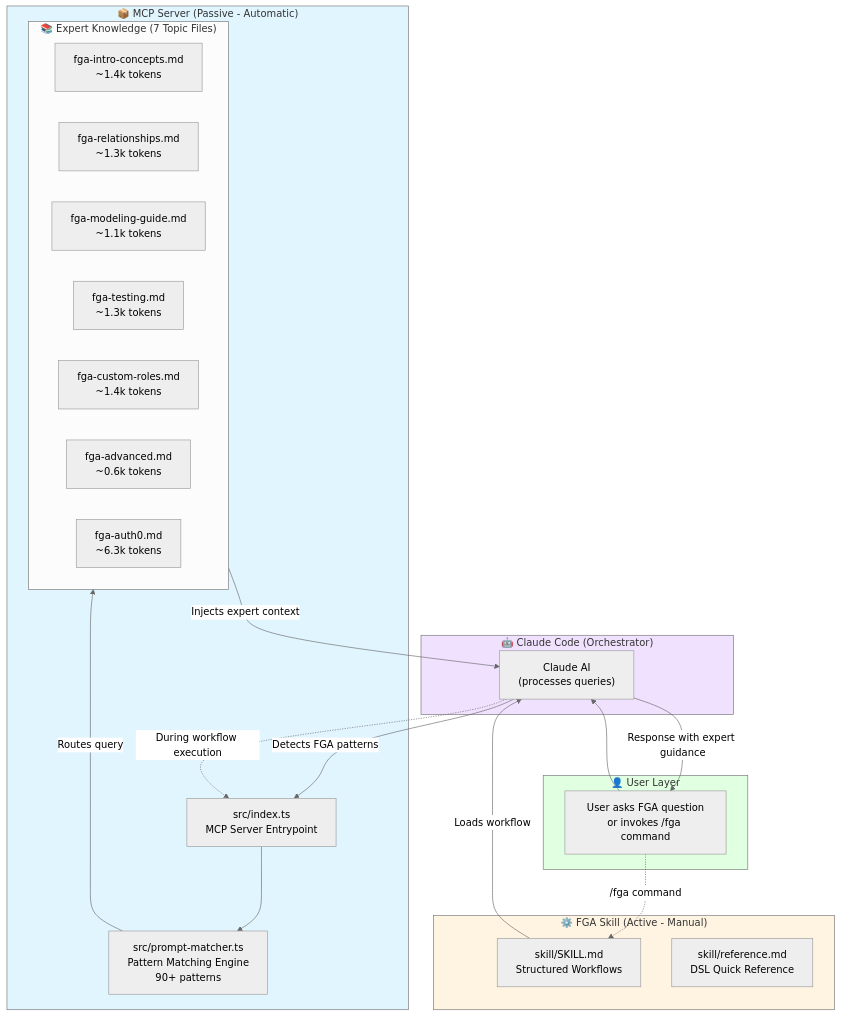
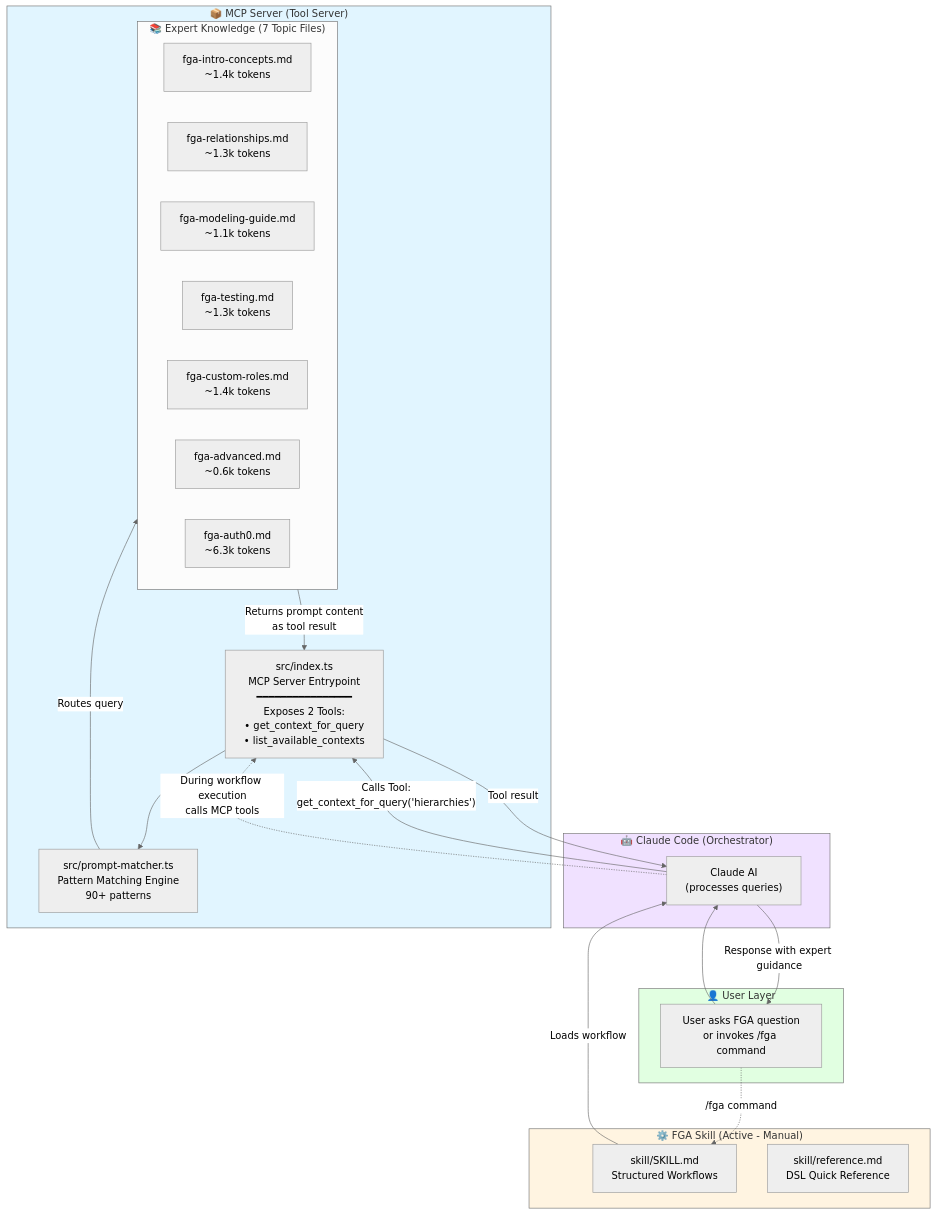
One commit to violetarcher/fga-mcp-skills-quickstart changed the first of 8 diagrams in ARCHITECTURE.md. Above: the diagram before and after it, drawn with Mermaid (neutral theme). The commit also changed other lines of this file, not shown here.

Commit message:
Fix architecture docs - clarify MCP tools

````diff
--- a/ARCHITECTURE.md
+++ b/ARCHITECTURE.md
@@ -5,49 +5,50 @@
 ```mermaid
 graph TB
     subgraph User["👤 User Layer"]
         UserQuery["User asks FGA question<br/>or invokes /fga command"]
     end
 
     subgraph ClaudeCode["🤖 Claude Code (Orchestrator)"]
         Claude["Claude AI<br/>(processes queries)"]
     end
 
-    subgraph MCP["📦 MCP Server (Passive - Automatic)"]
-        MCPServer["src/index.ts<br/>MCP Server Entrypoint"]
+    subgraph MCP["📦 MCP Server (Tool Server)"]
+        MCPServer["src/index.ts<br/>MCP Server Entrypoint<br/>━━━━━━━━━━━━━━━━<br/>Exposes 2 Tools:<br/>• get_context_for_query<br/>• list_available_contexts"]
         PatternMatcher["src/prompt-matcher.ts<br/>Pattern Matching Engine<br/>90+ patterns"]
 
         subgraph Prompts["📚 Expert Knowledge (7 Topic Files)"]
             Intro["fga-intro-concepts.md<br/>~1.4k tokens"]
             Rel["fga-relationships.md<br/>~1.3k tokens"]
             Guide["fga-modeling-guide.md<br/>~1.1k tokens"]
             Test["fga-testing.md<br/>~1.3k tokens"]
             Roles["fga-custom-roles.md<br/>~1.4k tokens"]
             Adv["fga-advanced.md<br/>~0.6k tokens"]
             Auth0["fga-auth0.md<br/>~6.3k tokens"]
         end
     end
 
     subgraph Skill["⚙️ FGA Skill (Active - Manual)"]
         SkillMD["skill/SKILL.md<br/>Structured Workflows"]
         RefMD["skill/reference.md<br/>DSL Quick Reference"]
     end
 
     UserQuery --> Claude
 
-    Claude -->|"Detects FGA patterns"| MCPServer
+    Claude -->|"Calls Tool:<br/>get_context_for_query('hierarchies')"| MCPServer
     MCPServer --> PatternMatcher
     PatternMatcher -->|"Routes query"| Prompts
 
-    Prompts -->|"Injects expert context"| Claude
+    Prompts -->|"Returns prompt content<br/>as tool result"| MCPServer
+    MCPServer -->|"Tool result"| Claude
 
     UserQuery -.->|"/fga command"| SkillMD
     SkillMD -->|"Loads workflow"| Claude
-    Claude -.->|"During workflow execution"| MCPServer
+    Claude -.->|"During workflow execution<br/>calls MCP tools"| MCPServer
 
     Claude -->|"Response with expert guidance"| UserQuery
 
     style MCP fill:#e1f5ff
     style Skill fill:#fff4e1
     style ClaudeCode fill:#f0e1ff
     style User fill:#e1ffe1
 ```
````
